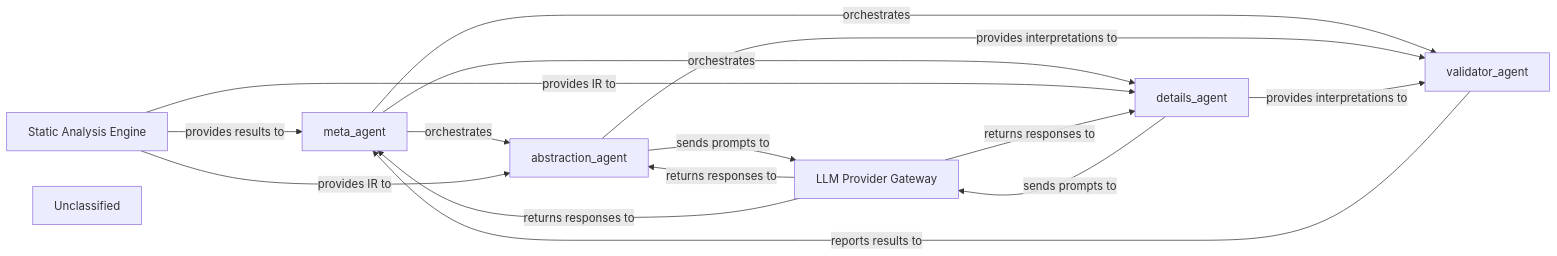
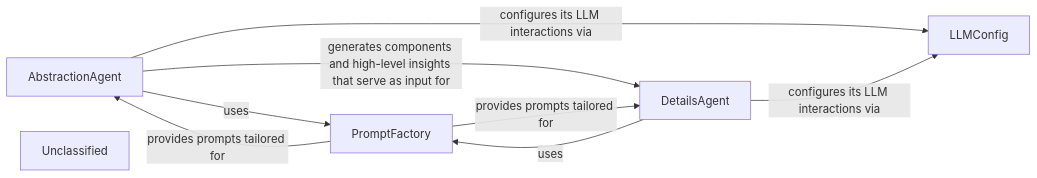
The first of 6 diagrams in docs/development/architecture.md (CodeBoarding/CodeBoarding), drawn with Mermaid before and after one commit. The commit also changed other lines of this file and 21 other files, not shown here.

First line of the commit message:
docs: update codeboarding documentation and generate architecture

````diff
--- a/docs/development/architecture.md
+++ b/docs/development/architecture.md
@@ -3,25 +3,15 @@
 ```mermaid
 graph LR
-    meta_agent["meta_agent"]
-    abstraction_agent["abstraction_agent"]
-    details_agent["details_agent"]
-    validator_agent["validator_agent"]
-    Static_Analysis_Engine["Static Analysis Engine"]
-    LLM_Provider_Gateway["LLM Provider Gateway"]
+    AbstractionAgent["AbstractionAgent"]
+    DetailsAgent["DetailsAgent"]
+    PromptFactory["PromptFactory"]
+    LLMConfig["LLMConfig"]
     Unclassified["Unclassified"]
-    meta_agent -- "orchestrates" --> abstraction_agent
-    meta_agent -- "orchestrates" --> details_agent
-    meta_agent -- "orchestrates" --> validator_agent
-    Static_Analysis_Engine -- "provides results to" --> meta_agent
-    Static_Analysis_Engine -- "provides IR to" --> abstraction_agent
-    abstraction_agent -- "sends prompts to" --> LLM_Provider_Gateway
-    abstraction_agent -- "provides interpretations to" --> validator_agent
-    Static_Analysis_Engine -- "provides IR to" --> details_agent
-    details_agent -- "sends prompts to" --> LLM_Provider_Gateway
-    details_agent -- "provides interpretations to" --> validator_agent
-    validator_agent -- "reports results to" --> meta_agent
-    LLM_Provider_Gateway -- "returns responses to" --> abstraction_agent
-    LLM_Provider_Gateway -- "returns responses to" --> details_agent
-    LLM_Provider_Gateway -- "returns responses to" --> meta_agent
-    click Static_Analysis_Engine href "https://github.com/CodeBoarding/CodeBoarding/blob/main/.codeboarding/Static_Analysis_Engine.md" "Details"
+    AbstractionAgent -- "uses" --> PromptFactory
+    PromptFactory -- "provides prompts tailored for" --> AbstractionAgent
+    AbstractionAgent -- "configures its LLM interactions via" --> LLMConfig
+    AbstractionAgent -- "generates components and high-level insights that serve as input for" --> DetailsAgent
+    DetailsAgent -- "uses" --> PromptFactory
+    PromptFactory -- "provides prompts tailored for" --> DetailsAgent
+    DetailsAgent -- "configures its LLM interactions via" --> LLMConfig
 ```
````
